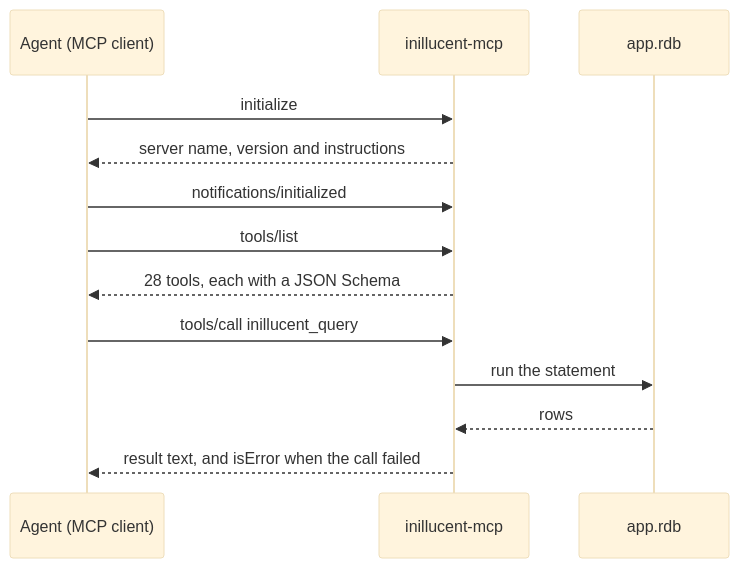
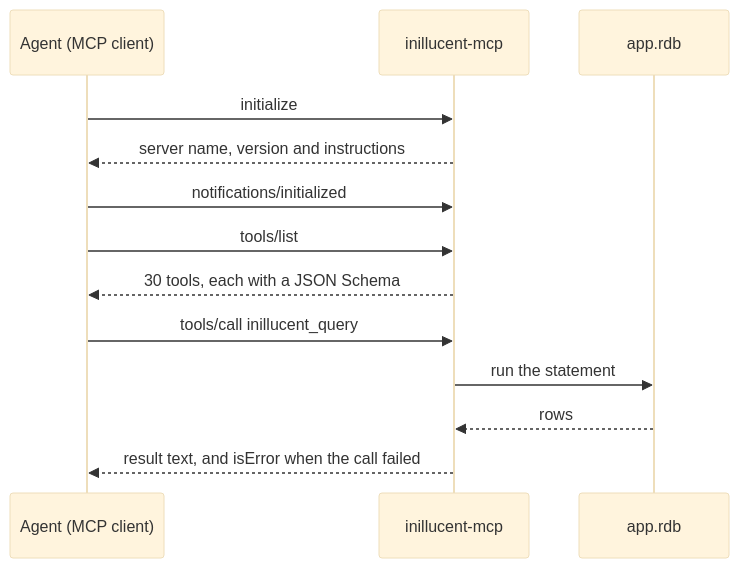
Before and after one commit to Black-Rainbow-Labs/Inillucent: the diagram in .claude/skills/inillucent-mcp/SKILL.md, drawn with Mermaid (base theme). The commit also changed other lines of this file and 58 other files, not shown here.

````diff
--- a/.claude/skills/inillucent-mcp/SKILL.md
+++ b/.claude/skills/inillucent-mcp/SKILL.md
@@ -19,15 +19,15 @@
 ```mermaid
 sequenceDiagram
     participant A as Agent (MCP client)
     participant M as inillucent-mcp
     participant D as app.rdb
     A->>M: initialize
     M-->>A: server name, version and instructions
     A->>M: notifications/initialized
     A->>M: tools/list
-    M-->>A: 28 tools, each with a JSON Schema
+    M-->>A: 30 tools, each with a JSON Schema
     A->>M: tools/call inillucent_query
     M->>D: run the statement
     D-->>M: rows
     M-->>A: result text, and isError when the call failed
 ```
````
